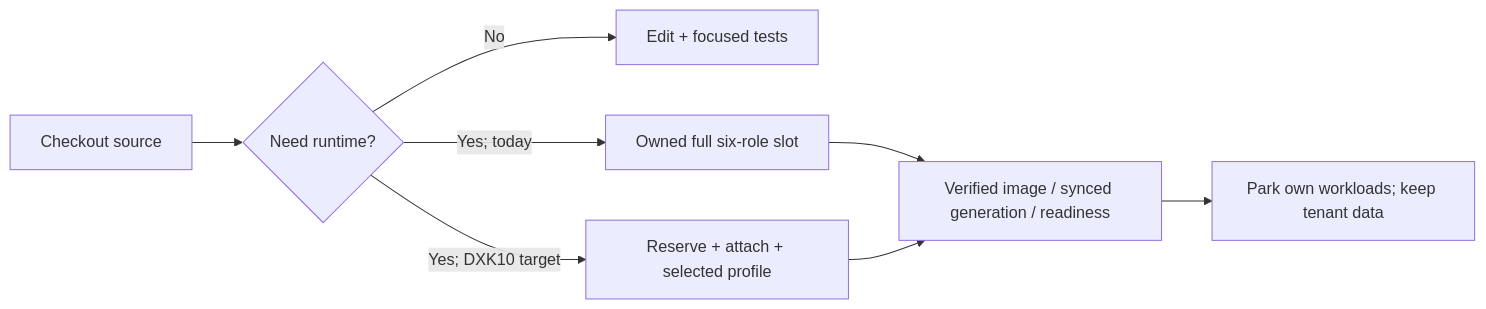
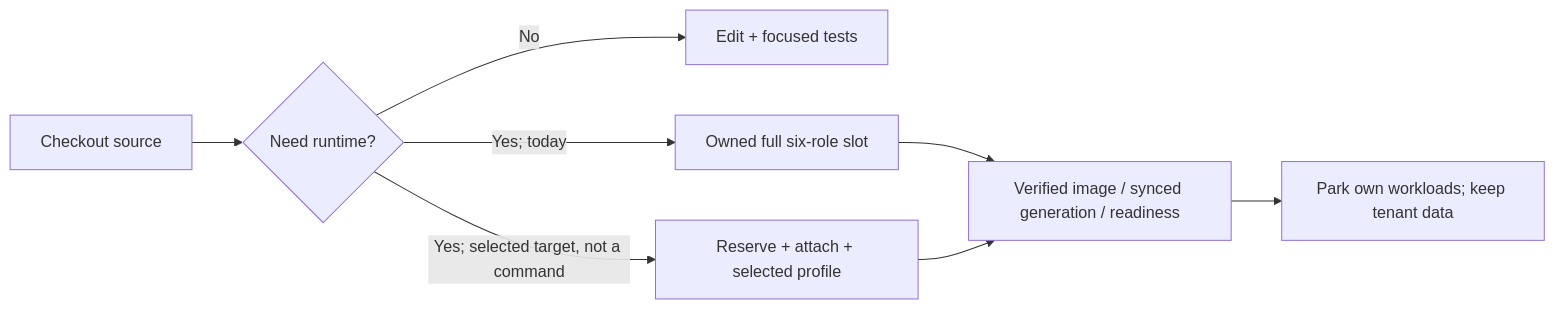
Before and after one commit to DenisSkulovic/offscreen-rpg: the first of 4 diagrams in docs/architecture/10-developer-environments.md, drawn with Mermaid. The commit also changed other lines of this file and 4 other files, not shown here.

````diff
--- a/docs/architecture/10-developer-environments.md
+++ b/docs/architecture/10-developer-environments.md
@@ -9,10 +11,10 @@
 ```mermaid
 flowchart LR
   S["Checkout source"] --> Q{"Need runtime?"}
   Q -->|No| T["Edit + focused tests"]
   Q -->|Yes; today| F["Owned full six-role slot"]
-  Q -->|Yes; DXK10 target| P["Reserve + attach + selected profile"]
+  Q -->|Yes; selected target, not a command| P["Reserve + attach + selected profile"]
   F --> V["Verified image / synced generation / readiness"]
   P --> V
   V --> K["Park own workloads; keep tenant data"]
 ```
````
